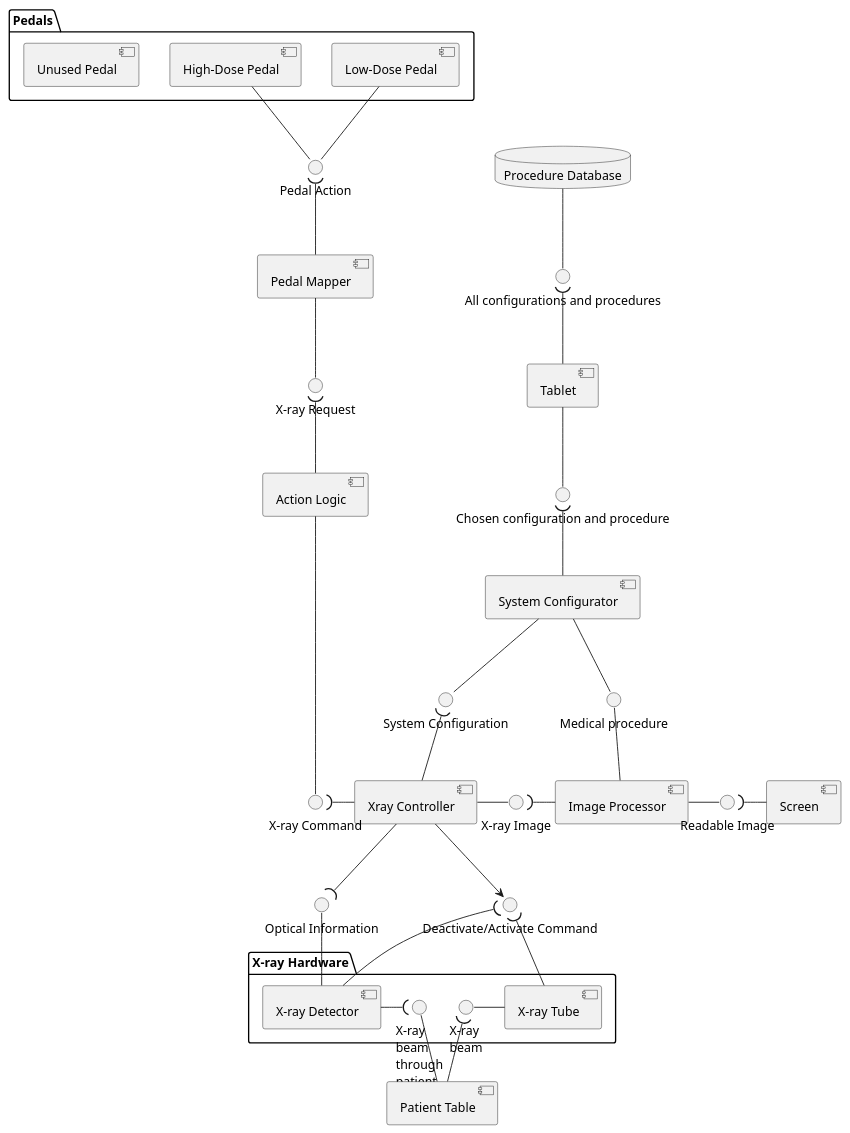
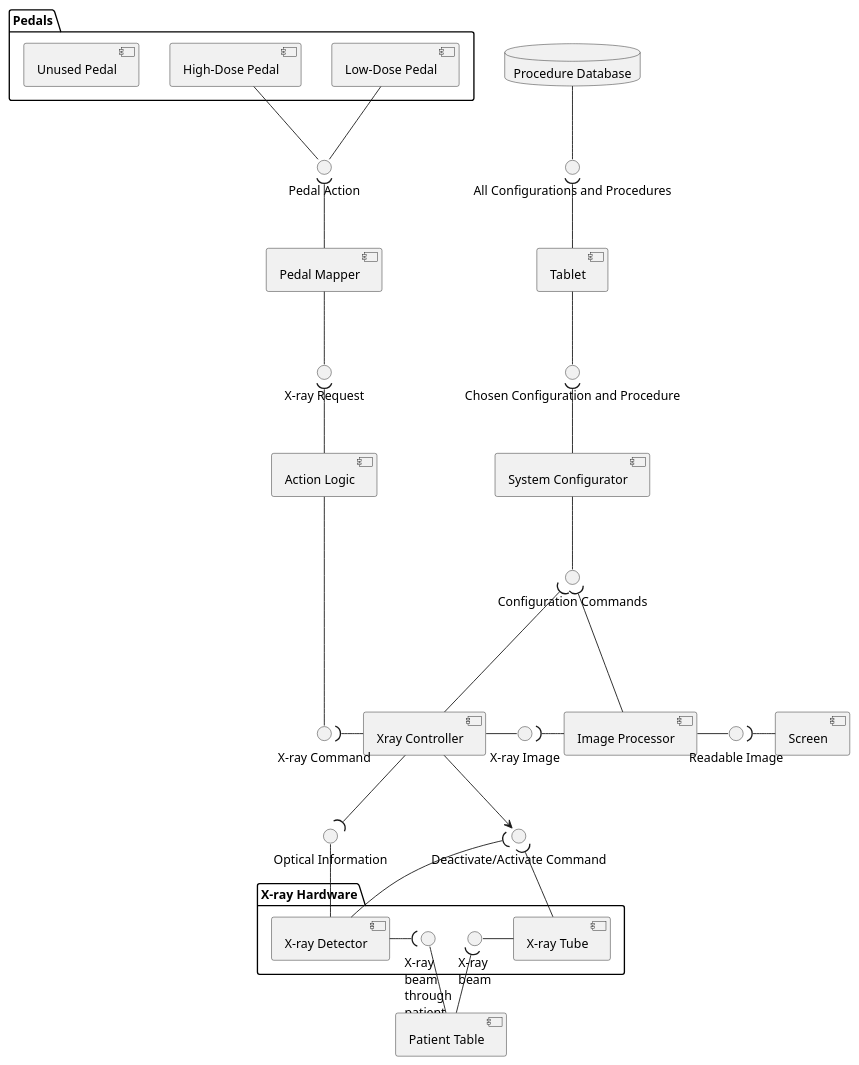
The diagram in component/src.puml (JCLLi/Software-System-Traning), drawn with PlantUML before and after one commit. The commit also changed 1 other file, not shown here.

Commit message:
Configuration commands

```diff
--- a/component/src.puml
+++ b/component/src.puml
@@ -1,78 +1,83 @@
 @startuml
 top to bottom direction
 component "Patient Table" as pt
 
 package Pedals{
 component "Low-Dose Pedal" as p1
 component "High-Dose Pedal" as p2
 component "Unused Pedal" as p3
 }
 
 package "X-ray Hardware"{
 component "X-ray Tube" as xt
 component "X-ray Detector" as xd
 
 interface "X-ray\nbeam" as Xray1
 interface "X-ray\nbeam\nthrough\npatient" as Xray2
 }
 
 component Screen as scr
 component Tablet as ta
 
 component "Pedal Mapper" as pm
 component "Action Logic" as al
 component "Xray Controller" as xc
 component "Image Processor" as ip
 component "System Configurator" as sc
 database "Procedure Database" as pd
 
 
 interface "Optical Information" as xi
 interface "Pedal Action" as pa
 interface "X-ray Request" as xr
 interface "X-ray Command" as xcm
 interface "Deactivate/Activate Command" as dac
 interface "X-ray Image" as xg
 interface "Readable Image" as ri
-interface "All configurations and procedures" as acas
-interface "Chosen configuration and procedure" as ccas
-interface "System Configuration" as syco
-interface "Medical procedure" as mp
+interface "All Configurations and Procedures" as acas
+interface "Chosen Configuration and Procedure" as ccas
+' interface "System Configuration" as syco
+' interface "Medical procedure" as mp
+interface "Configuration Commands" as CC
 
 xt -left- Xray1
 Xray1 )-down- pt
 
 pt -left- Xray2
 Xray2 )-left- xd
 xd -up- xi
 
 
 p1 -down- pa
 p2 -down- pa
 
 pa )-down- pm
 pm -down- xr
 xr )-down- al
 al --down-- xcm
 xcm )-right- xc
 
 xc -down-> dac
 dac )-down- xt
 dac )-down- xd
 xi )-up- xc
 
 xc - xg
 xg )- ip
 ip - ri
 ri )-right- scr
 
 pd -down- acas
 acas )-down- ta
 ta -down- ccas
 ccas )-down- sc
 
-sc -down- syco
-sc -down- mp
-syco )-down- xc
-mp -down- ip
+' sc -down- syco
+' sc -down- mp
+' syco )-down- xc
+' mp -down- ip
+sc -down- CC
+xc -up--( CC
+ip -up--( CC
+
 @enduml
```
